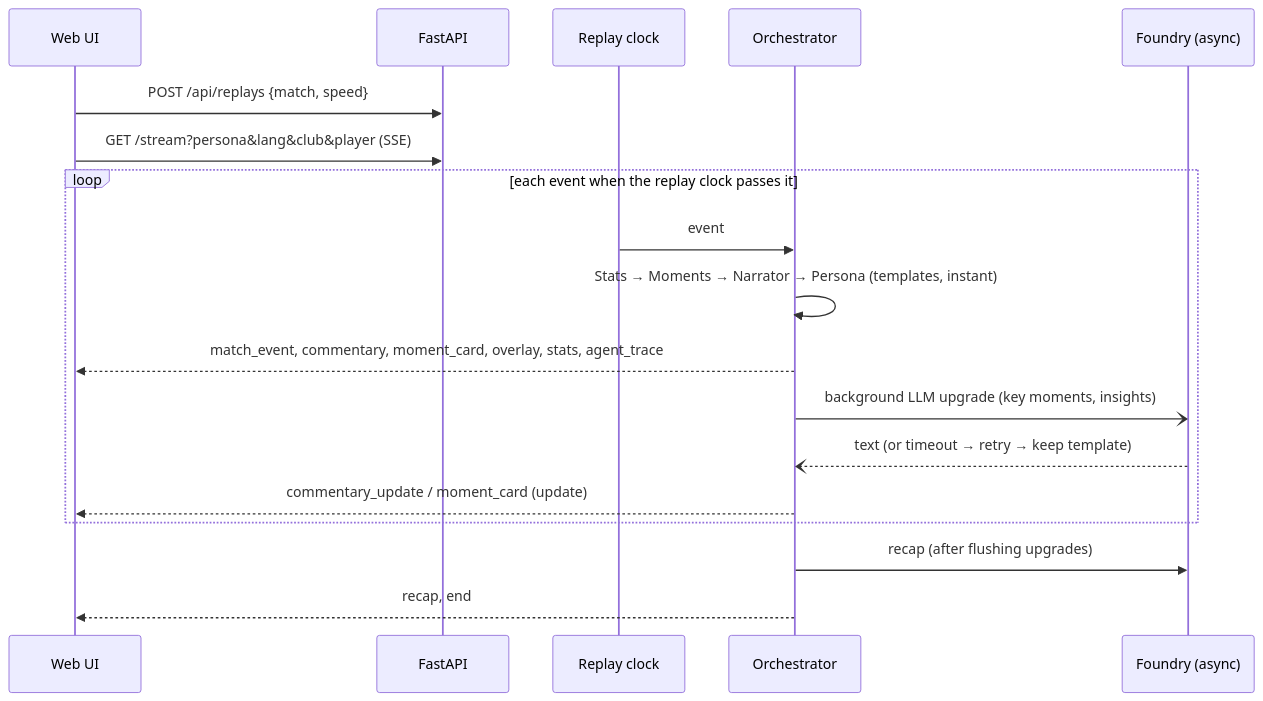
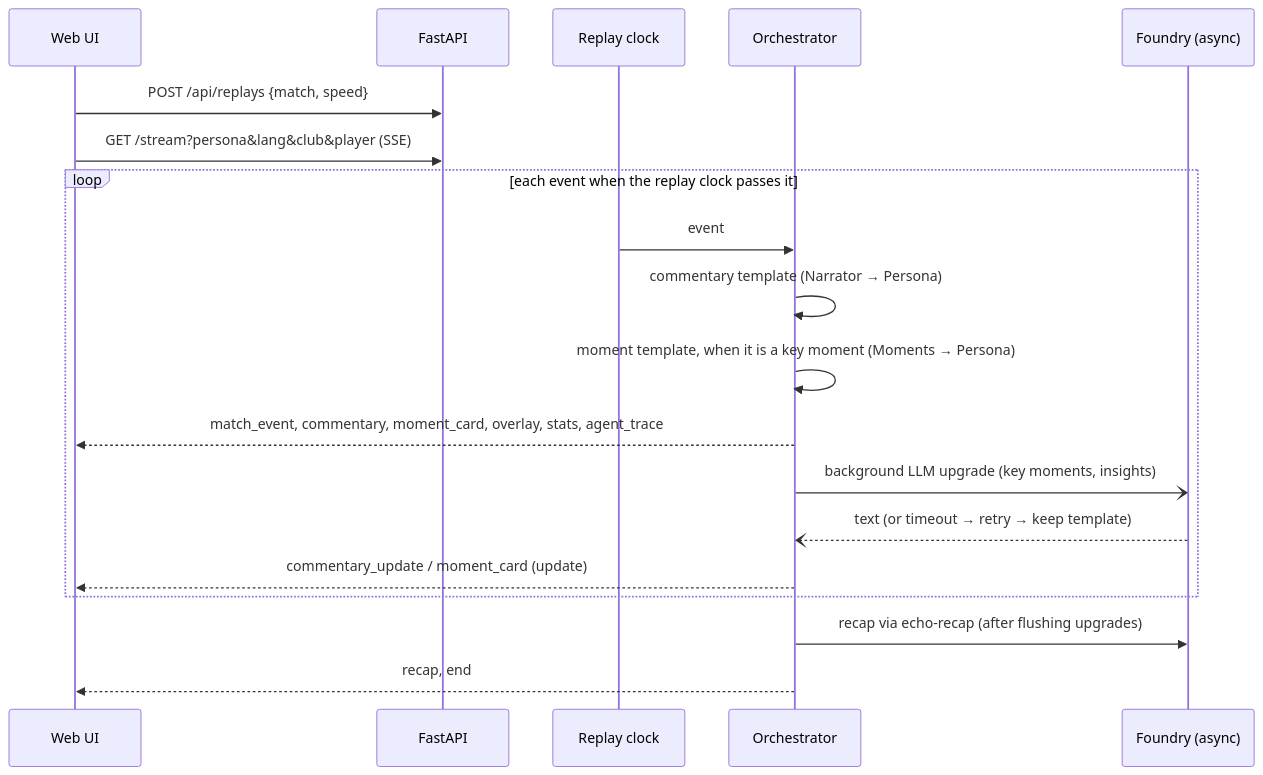
One commit to ismael-De/echo-pitch changed the diagram in docs/architecture.md. Above: the diagram before and after it, drawn with Mermaid. The commit also changed other lines of this file and 10 other files, not shown here.

First line of the commit message:
Align README and architecture claims with the code (#1)

````diff
--- a/docs/architecture.md
+++ b/docs/architecture.md
@@ -17,20 +17,21 @@
 ```mermaid
 sequenceDiagram
   participant UI as Web UI
   participant API as FastAPI
   participant R as Replay clock
   participant O as Orchestrator
   participant F as Foundry (async)
   UI->>API: POST /api/replays {match, speed}
   UI->>API: GET /stream?persona&lang&club&player (SSE)
   loop each event when the replay clock passes it
     R->>O: event
-    O->>O: Stats → Moments → Narrator → Persona (templates, instant)
+    O->>O: commentary template (Narrator → Persona)
+    O->>O: moment template, when it is a key moment (Moments → Persona)
     O-->>UI: match_event, commentary, moment_card, overlay, stats, agent_trace
     O-)F: background LLM upgrade (key moments, insights)
     F--)O: text (or timeout → retry → keep template)
     O-->>UI: commentary_update / moment_card (update)
   end
-  O->>F: recap (after flushing upgrades)
+  O->>F: recap via echo-recap (after flushing upgrades)
   O-->>UI: recap, end
 ```
````
